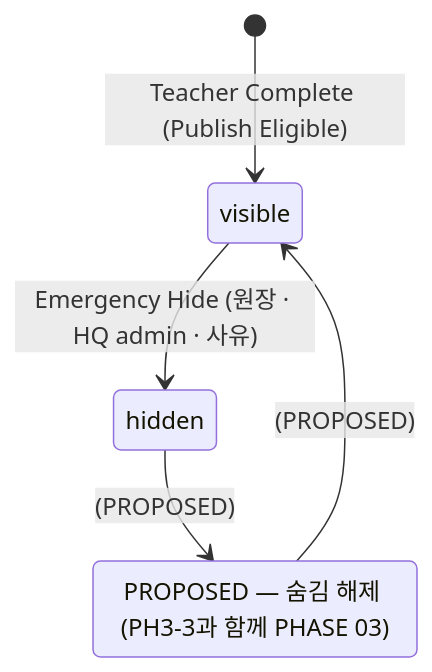
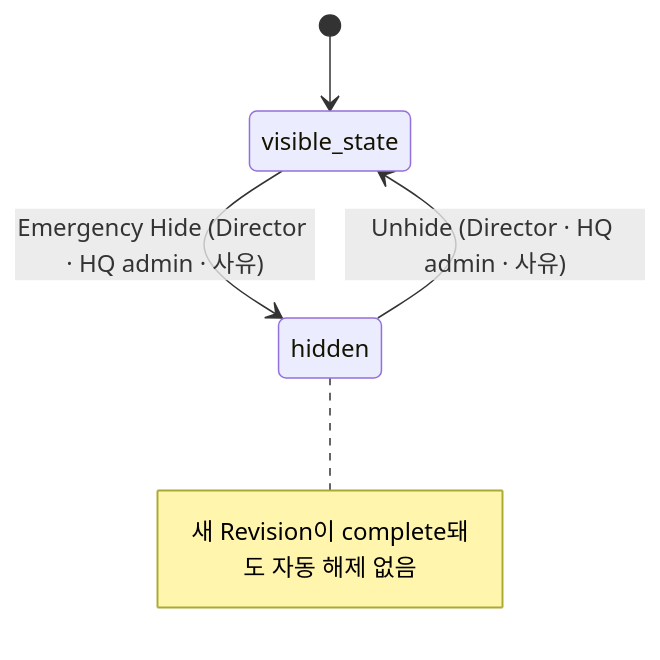
The fourth of 6 diagrams in docs/02-ia/state-error-model.md (SOYESKIDS/teachable-art-play3), drawn with Mermaid before and after one commit. The commit also changed other lines of this file and 18 other files, not shown here.

Commit message:
docs: define SaaS 2.0 AI growth and report architecture

````diff
--- a/docs/02-ia/state-error-model.md
+++ b/docs/02-ia/state-error-model.md
@@ -79,8 +81,7 @@
 ```mermaid
 stateDiagram-v2
-  [*] --> visible: Teacher Complete (Publish Eligible)
-  visible --> hidden: Emergency Hide (원장 · HQ admin · 사유)
-  state "PROPOSED — 숨김 해제 (PH3-3과 함께 PHASE 03)" as unhide
-  hidden --> unhide: (PROPOSED)
-  unhide --> visible: (PROPOSED)
+  [*] --> visible_state
+  visible_state --> hidden: Emergency Hide (Director · HQ admin · 사유)
+  hidden --> visible_state: Unhide (Director · HQ admin · 사유)
+  note right of hidden: 새 Revision이 complete돼도 자동 해제 없음
 ```
````
